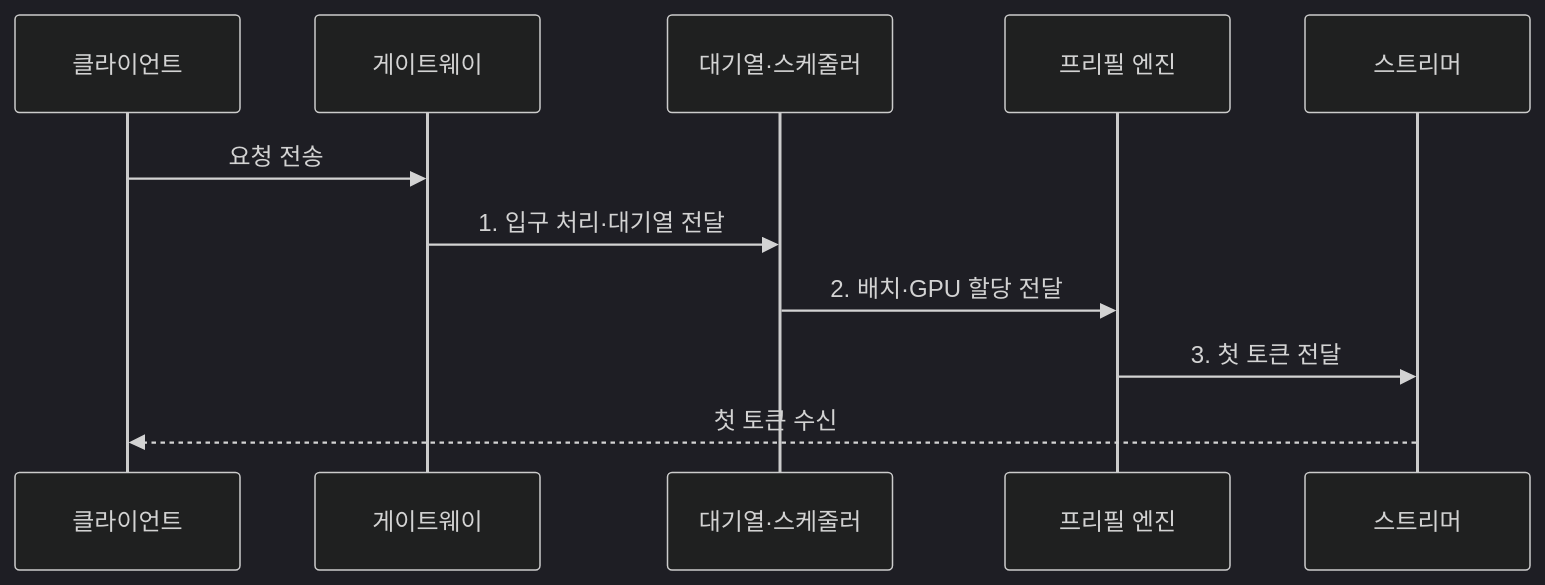
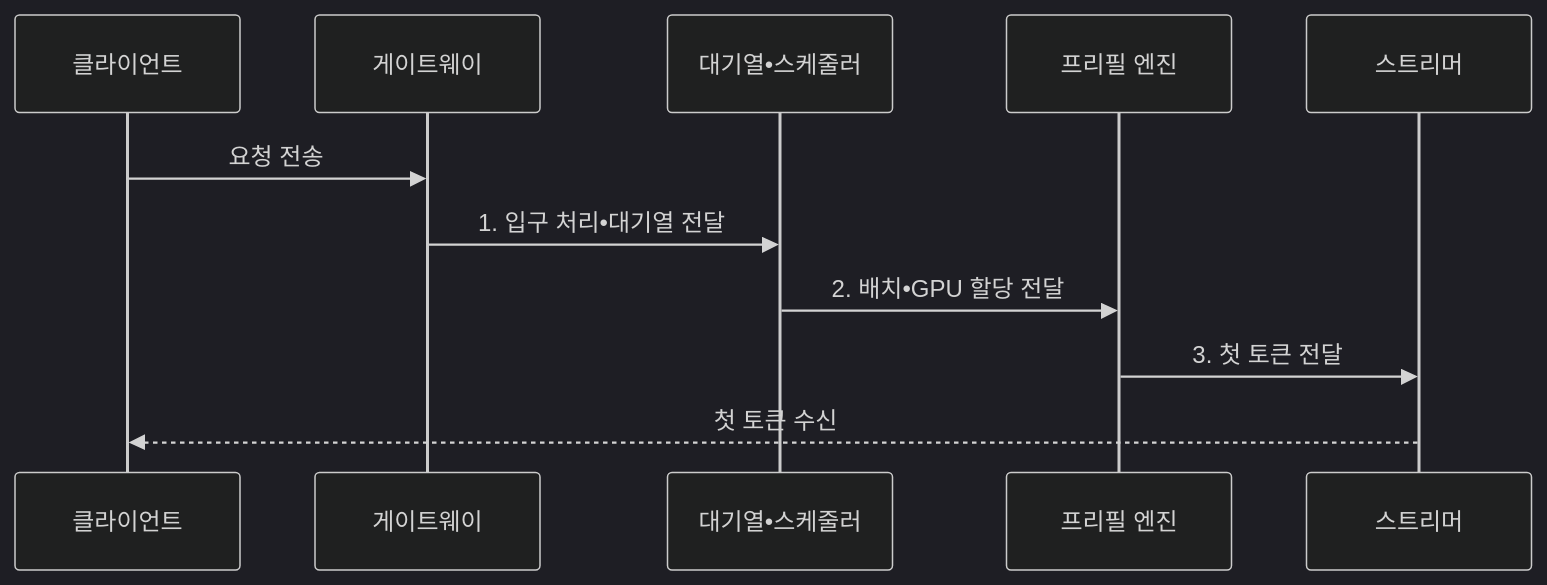
One commit to agnusdei1207/knowledge-base changed the second of 2 diagrams in src/content/docs/notes/08-latest-tech/046_ttft.md. Above: the diagram before and after it, drawn with Mermaid (dark theme). The commit also changed other lines of this file and 953 other files, not shown here.

````diff
--- a/src/content/docs/notes/08-latest-tech/046_ttft.md
+++ b/src/content/docs/notes/08-latest-tech/046_ttft.md
@@ -101,13 +101,13 @@
 ```mermaid
 sequenceDiagram
     participant C as 클라이언트
     participant G as 게이트웨이
-    participant Q as 대기열·스케줄러
+    participant Q as 대기열•스케줄러
     participant P as 프리필 엔진
     participant S as 스트리머
     C->>G: 요청 전송
-    G->>Q: 1. 입구 처리·대기열 전달
-    Q->>P: 2. 배치·GPU 할당 전달
+    G->>Q: 1. 입구 처리•대기열 전달
+    Q->>P: 2. 배치•GPU 할당 전달
     P->>S: 3. 첫 토큰 전달
     S-->>C: 첫 토큰 수신
 ```
````
